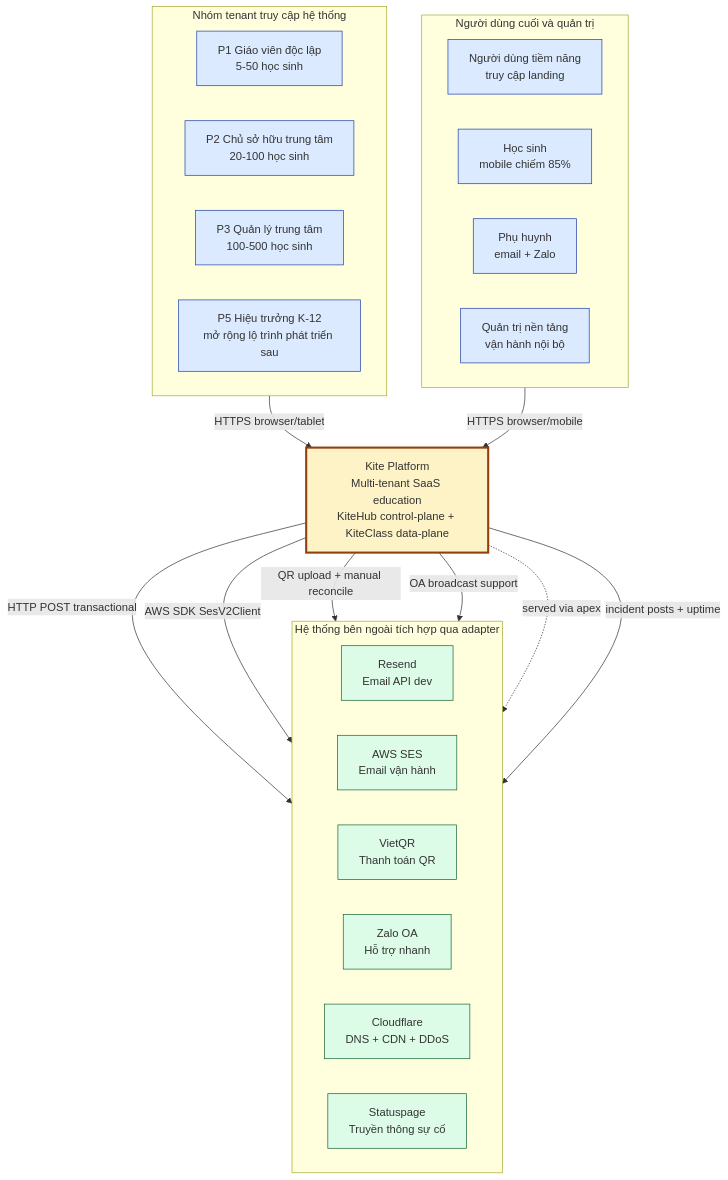
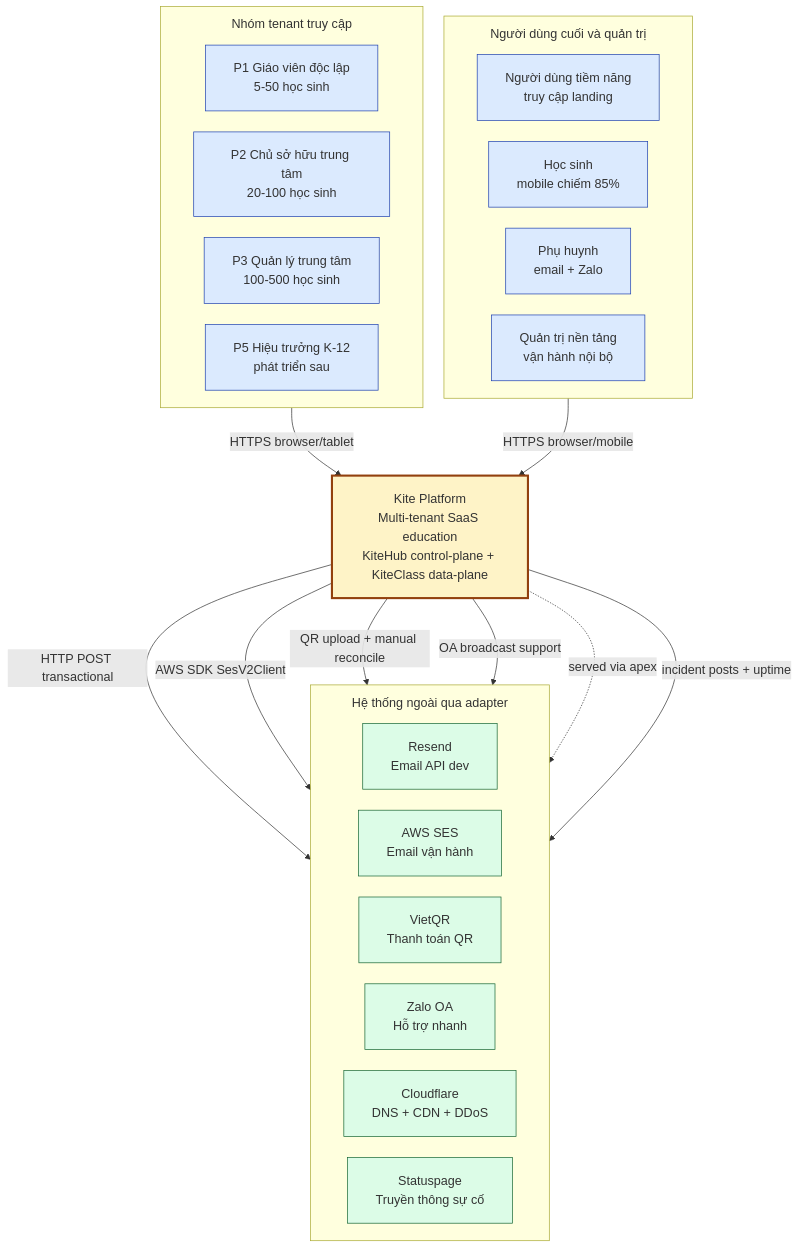
One commit to VictorAurelius/2026-Kite-Class-Platform changed the first of 12 diagrams in documents/08-thesis/chapter-2-system-architecture.md. Above: the diagram before and after it, drawn with Mermaid. The commit also changed 1 other file, not shown here.

First paragraph of the commit message:
docs(thesis): fix Hình 2.1 subgraph title overlap (user-flagged + rule §4 recurrence #9)
User flagged "Hình 2.1 tên của các nhóm bị đè lên" — same anti-pattern
as diagram-format-selection.md §4 row 9 (recurrence #9 2026-05-26 thesis
Hình 2.2 fix).

````diff
--- a/documents/08-thesis/chapter-2-system-architecture.md
+++ b/documents/08-thesis/chapter-2-system-architecture.md
@@ -174,47 +174,48 @@
 ```mermaid
+%%{init: {"flowchart": {"htmlLabels": true, "nodeSpacing": 30, "rankSpacing": 70, "padding": 20, "subGraphTitleMargin": {"top": 12, "bottom": 18}}, "themeVariables": {"fontSize": "18px"}}}%%
 flowchart TB
-    subgraph tenants [Nhóm tenant truy cập hệ thống]
+    subgraph tenants [Nhóm tenant truy cập]
         direction LR
         P1[P1 Giáo viên độc lập<br/>5-50 học sinh]
         P2[P2 Chủ sở hữu trung tâm<br/>20-100 học sinh]
         P3[P3 Quản lý trung tâm<br/>100-500 học sinh]
-        P5[P5 Hiệu trưởng K-12<br/>mở rộng lộ trình phát triển sau]
+        P5[P5 Hiệu trưởng K-12<br/>phát triển sau]
     end
 
     subgraph endusers [Người dùng cuối và quản trị]
         direction LR
         Vy[Người dùng tiềm năng<br/>truy cập landing]
         Student[Học sinh<br/>mobile chiếm 85%]
         Parent[Phụ huynh<br/>email + Zalo]
         Admin[Quản trị nền tảng<br/>vận hành nội bộ]
     end
 
     Kite[Kite Platform<br/>Multi-tenant SaaS education<br/>KiteHub control-plane + KiteClass data-plane]
 
-    subgraph ext [Hệ thống bên ngoài tích hợp qua adapter]
+    subgraph ext [Hệ thống ngoài qua adapter]
         direction LR
         Resend[Resend<br/>Email API dev]
         SES[AWS SES<br/>Email vận hành]
         VietQR[VietQR<br/>Thanh toán QR]
         Zalo[Zalo OA<br/>Hỗ trợ nhanh]
         CF[Cloudflare<br/>DNS + CDN + DDoS]
         Status[Statuspage<br/>Truyền thông sự cố]
     end
 
     tenants -->|HTTPS browser/tablet| Kite
     endusers -->|HTTPS browser/mobile| Kite
 
     Kite -->|HTTP POST transactional| Resend
     Kite -->|AWS SDK SesV2Client| SES
     Kite -->|QR upload + manual reconcile| VietQR
     Kite -->|OA broadcast support| Zalo
     Kite -.->|served via apex| CF
     Kite -->|incident posts + uptime| Status
 
     classDef actor fill:#dbeafe,stroke:#1e40af
     classDef system fill:#fef3c7,stroke:#92400e,stroke-width:3px
     classDef external fill:#dcfce7,stroke:#166534
     class P1,P2,P3,P5,Vy,Admin,Student,Parent actor
     class Kite system
     class Resend,SES,VietQR,Zalo,CF,Status external
 ```
````
